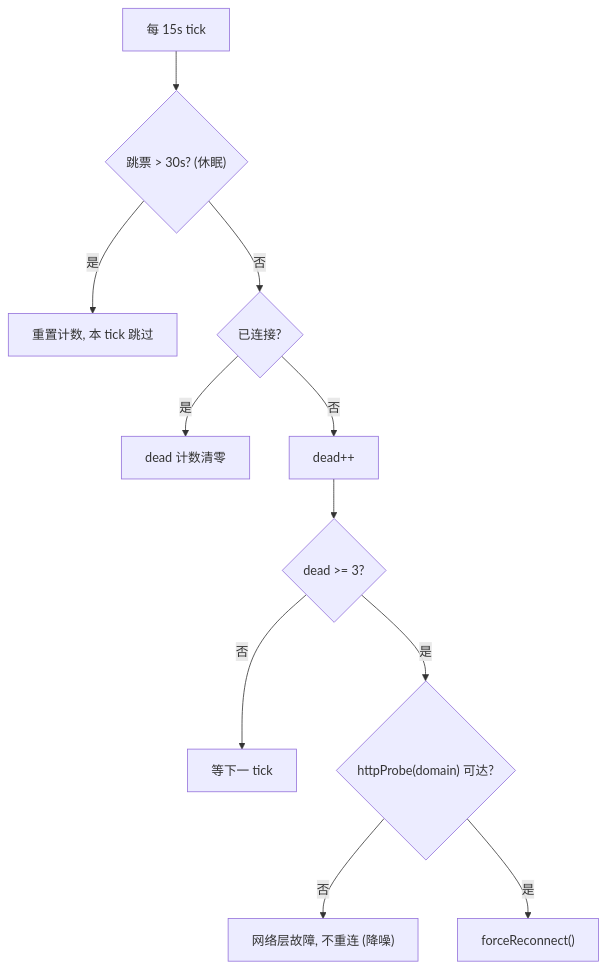
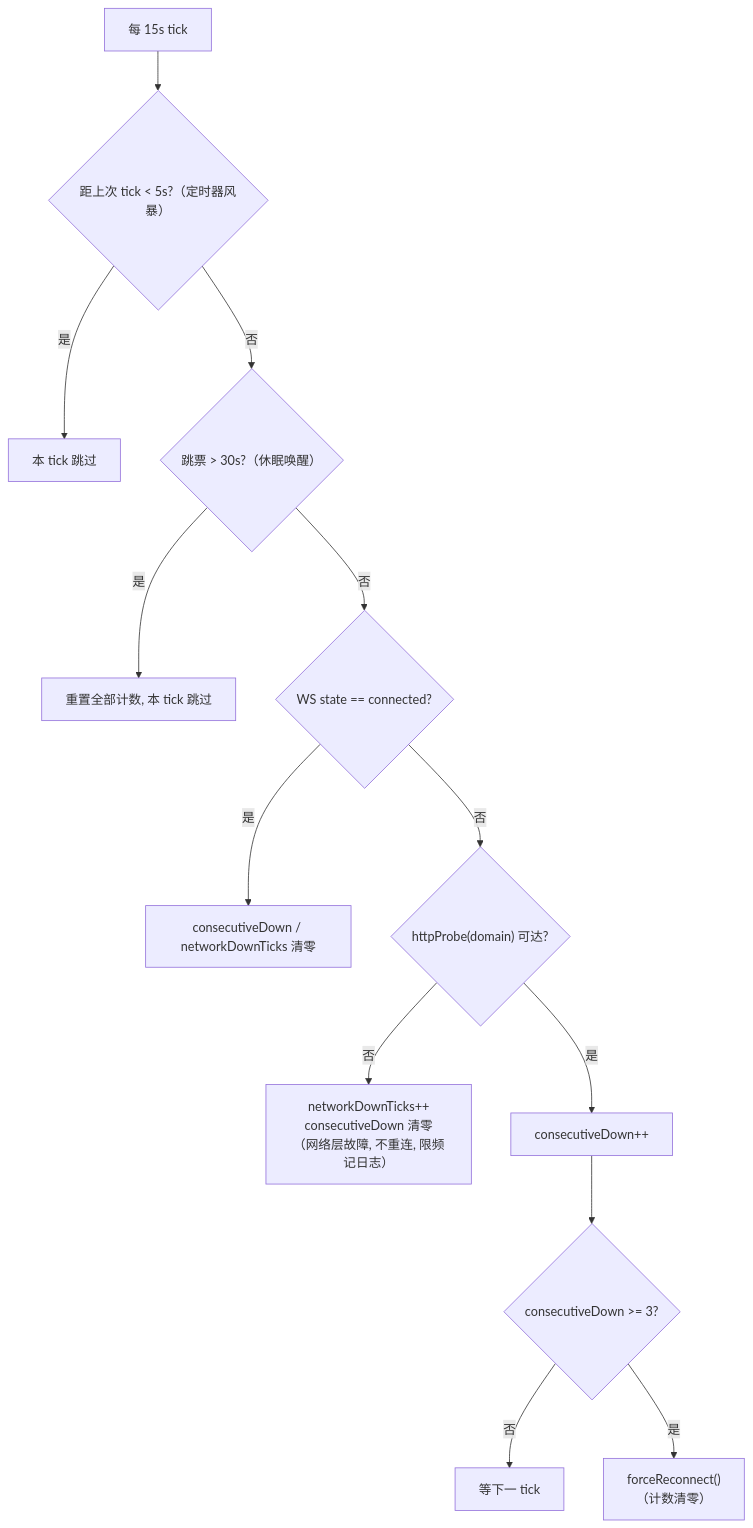
The second of 5 diagrams in how-it-works/03-feishu-transport.md (sorphwer/feishu-omp-bridge), drawn with Mermaid before and after one commit. The commit also changed other lines of this file and 12 other files, not shown here.

````diff
--- a/how-it-works/03-feishu-transport.md
+++ b/how-it-works/03-feishu-transport.md
@@ -58,13 +60,15 @@
 ```mermaid
 flowchart TD
-  T["每 15s tick"] --> SLP{"跳票 > 30s? (休眠)"}
-  SLP -->|是| RST["重置计数, 本 tick 跳过"]
-  SLP -->|否| CONN{"已连接?"}
-  CONN -->|是| OK["dead 计数清零"]
-  CONN -->|否| CNT["dead++"]
-  CNT --> TH{"dead >= 3?"}
+  T["每 15s tick"] --> STORM{"距上次 tick &lt; 5s?（定时器风暴）"}
+  STORM -->|是| SKIP["本 tick 跳过"]
+  STORM -->|否| SLP{"跳票 &gt; 30s?（休眠唤醒）"}
+  SLP -->|是| RST["重置全部计数, 本 tick 跳过"]
+  SLP -->|否| CONN{"WS state == connected?"}
+  CONN -->|是| OK["consecutiveDown / networkDownTicks 清零"]
+  CONN -->|否| PROBE{"httpProbe(domain) 可达?"}
+  PROBE -->|否| NET["networkDownTicks++<br/>consecutiveDown 清零<br/>（网络层故障, 不重连, 限频记日志）"]
+  PROBE -->|是| CNT["consecutiveDown++"]
+  CNT --> TH{"consecutiveDown &gt;= 3?"}
   TH -->|否| WAIT["等下一 tick"]
-  TH -->|是| PROBE{"httpProbe(domain) 可达?"}
-  PROBE -->|否| NET["网络层故障, 不重连 (降噪)"]
-  PROBE -->|是| FRC["forceReconnect()"]
+  TH -->|是| FRC["forceReconnect()<br/>（计数清零）"]
 ```
````
